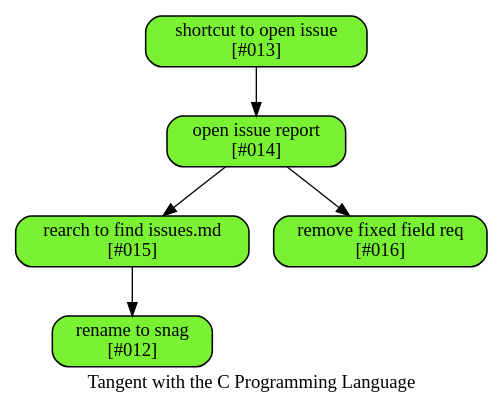
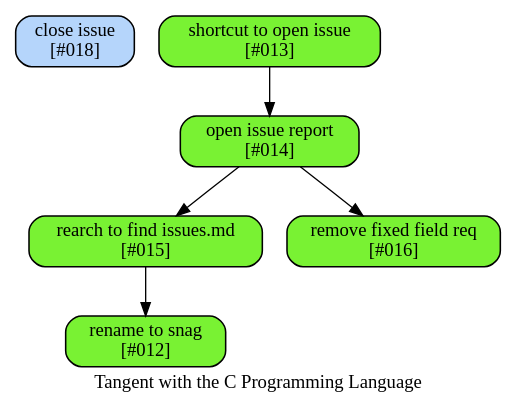
One commit to hipe/tmx changed the diagram in lib/skylab/snag/doc/issues.dot. Above: the diagram before and after it, drawn with Graphviz. The commit also changed 5 other files, not shown here.

```diff
--- a/lib/skylab/snag/doc/issues.dot
+++ b/lib/skylab/snag/doc/issues.dot
@@ -1,35 +1,36 @@
 # created by tan-man on 2013-01-02 04:33:31 UTC
 
 digraph {
 
 /*
   example stmt_list:
     foo -> bar
     biff -> baz
 
   example node_stmt:
     learn_c [label="learn C somehow"]
 */
 
 
 
 label="Tangent with the C Programming Language"
 
 node [label="\N", style="filled", fillcolor="#b5d5fb", fontname="Futura", penwidth="1.1566", shape="Mrecord"]
 
 # #todo something is borked about these in their positioning in the file
 #                 blue : fillcolor="#b5d5fb"
 #                 done : finished
 #             finished : green
 #                green : fillcolor="#79f233"
 
+close [label="close issue\n[#018]"]
 open [fillcolor="#79f233", label="open issue report\n[#014]"]
 rearch [fillcolor="#79f233", label="rearch to find issues.md\n[#015]"]
 remove [fillcolor="#79f233", label="remove fixed field req\n[#016]"]
 rename [fillcolor="#79f233", label="rename to snag\n[#012]"]
 shortcut [fillcolor="#79f233", label="shortcut to open issue\n[#013]"]
 open -> rearch
 open -> remove
 rearch -> rename
 shortcut -> open
 }
```
